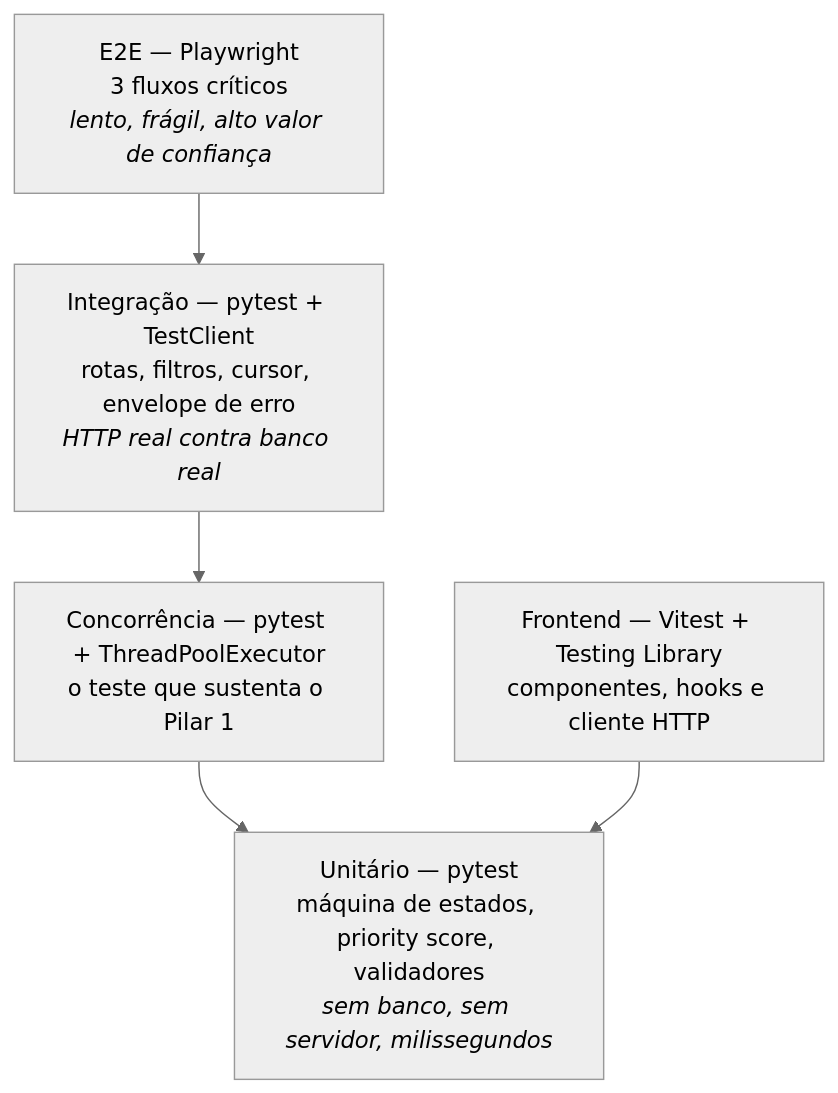
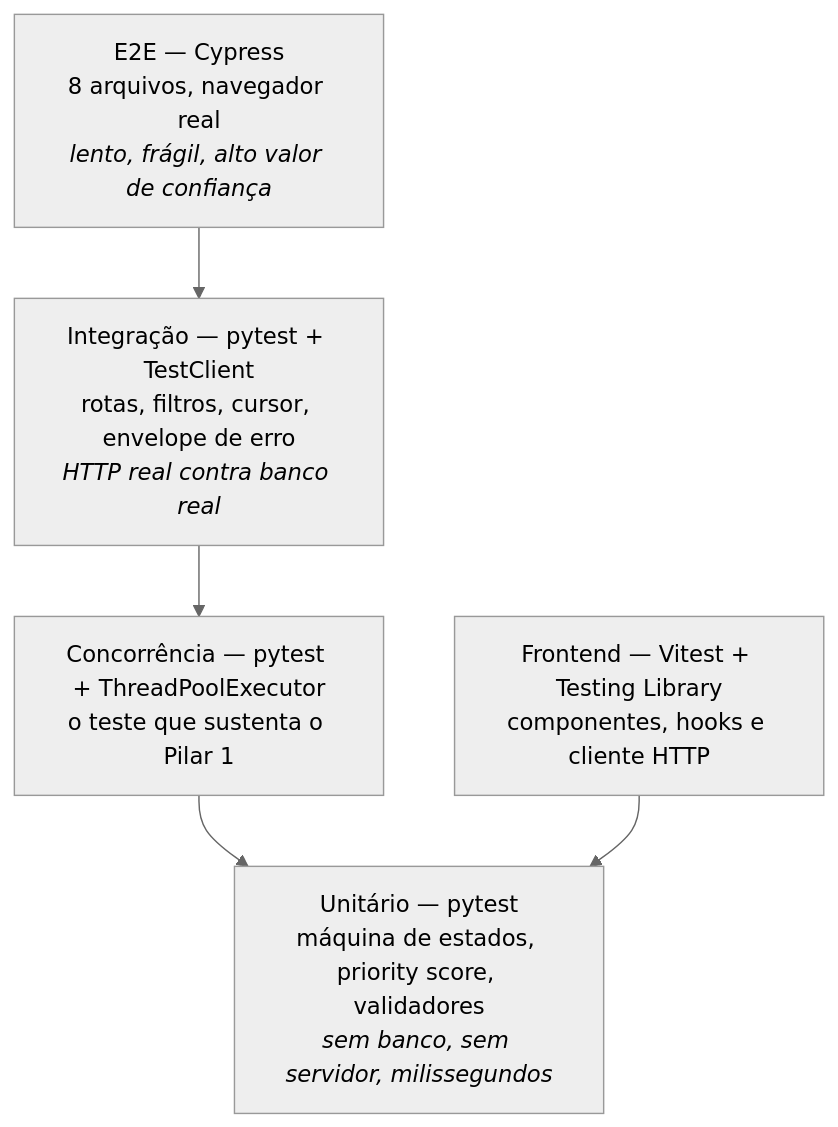
One commit to Alysson-Araujo/logos changed the diagram in docs/07-testes.md. Above: the diagram before and after it, drawn with Mermaid (neutral theme). The commit also changed other lines of this file and 24 other files, not shown here.

First line of the commit message:
test(web): cobre os fluxos criticos com Cypress (#149) (#152)

````diff
--- a/docs/07-testes.md
+++ b/docs/07-testes.md
@@ -13,11 +13,11 @@
 ```mermaid
 flowchart TB
-    E2E["E2E — Playwright<br/>3 fluxos críticos<br/><i>lento, frágil, alto valor de confiança</i>"]
+    E2E["E2E — Cypress<br/>8 arquivos, navegador real<br/><i>lento, frágil, alto valor de confiança</i>"]
     INT["Integração — pytest + TestClient<br/>rotas, filtros, cursor, envelope de erro<br/><i>HTTP real contra banco real</i>"]
     CONC["Concorrência — pytest + ThreadPoolExecutor<br/>o teste que sustenta o Pilar 1"]
     UNIT["Unitário — pytest<br/>máquina de estados, priority score, validadores<br/><i>sem banco, sem servidor, milissegundos</i>"]
     FE["Frontend — Vitest + Testing Library<br/>componentes, hooks e cliente HTTP"]
 
     E2E --> INT --> CONC --> UNIT
     FE --> UNIT
 ```
````
